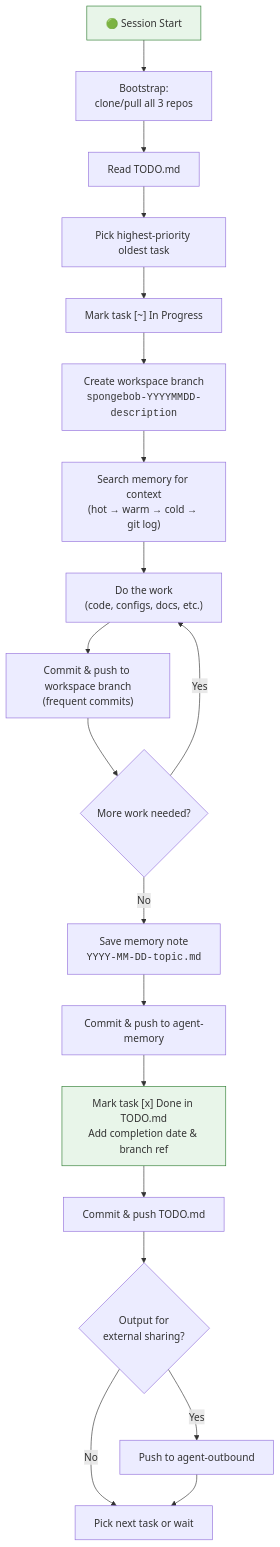
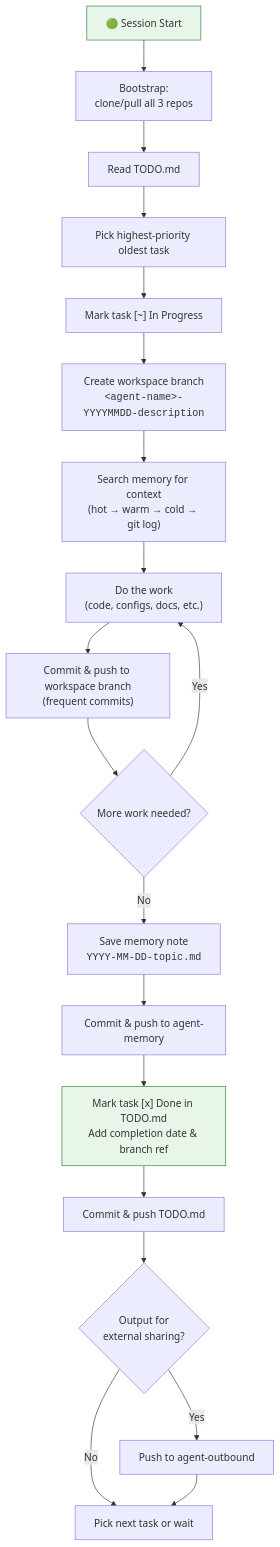
Before and after one commit to juntinyeh-worker/agent-outbound: the tenth of 11 diagrams in worker-agent-workflow.md, drawn with Mermaid. The commit also changed other lines of this file, not shown here.

Commit message:
docs: generalize worker-agent-workflow — replace SpongeBob with <AGENT-NAME>

````diff
--- a/worker-agent-workflow.md
+++ b/worker-agent-workflow.md
@@ -329,28 +329,28 @@
 ```mermaid
 flowchart TD
     SESSION["🟢 Session Start"] --> BOOTSTRAP["Bootstrap:<br/>clone/pull all 3 repos"]
     BOOTSTRAP --> READ_TODO["Read TODO.md"]
     READ_TODO --> PICK["Pick highest-priority oldest task"]
     PICK --> MARK_IP["Mark task [~] In Progress"]
 
-    MARK_IP --> CREATE_BRANCH["Create workspace branch<br/><code>spongebob-YYYYMMDD-description</code>"]
+    MARK_IP --> CREATE_BRANCH["Create workspace branch<br/><code>&lt;agent-name&gt;-YYYYMMDD-description</code>"]
     CREATE_BRANCH --> SEARCH_MEM["Search memory for context<br/>(hot → warm → cold → git log)"]
     SEARCH_MEM --> WORK["Do the work<br/>(code, configs, docs, etc.)"]
 
     WORK --> COMMIT_WS["Commit & push to workspace branch<br/>(frequent commits)"]
     COMMIT_WS --> MORE{"More work needed?"}
     MORE -->|Yes| WORK
     MORE -->|No| SAVE_MEM["Save memory note<br/><code>YYYY-MM-DD-topic.md</code>"]
 
     SAVE_MEM --> COMMIT_MEM["Commit & push to agent-memory"]
     COMMIT_MEM --> MARK_DONE["Mark task [x] Done in TODO.md<br/>Add completion date & branch ref"]
     MARK_DONE --> PUSH_TODO["Commit & push TODO.md"]
 
     PUSH_TODO --> EXTERNAL{"Output for<br/>external sharing?"}
     EXTERNAL -->|Yes| PUSH_OUT["Push to agent-outbound"]
     EXTERNAL -->|No| NEXT["Pick next task or wait"]
     PUSH_OUT --> NEXT
 
     style SESSION fill:#e8f5e9,stroke:#2e7d32
     style MARK_DONE fill:#e8f5e9,stroke:#2e7d32
 ```
````
